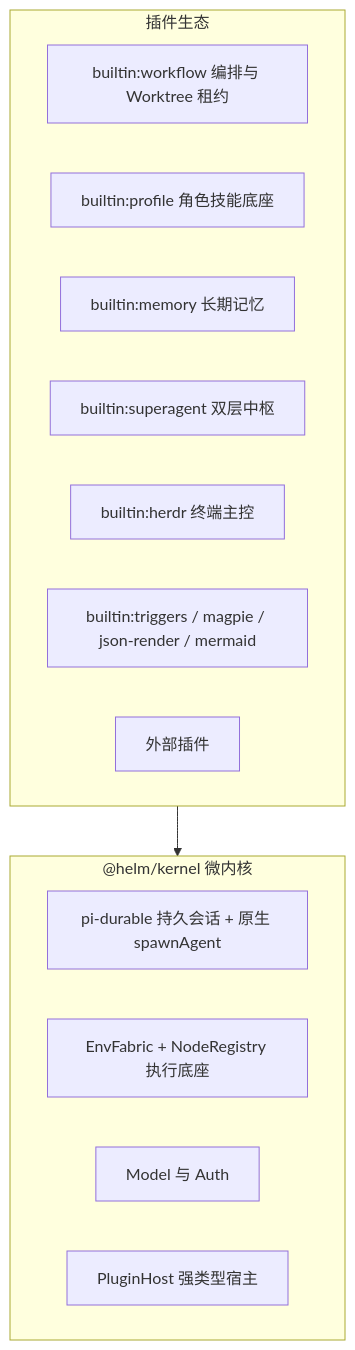
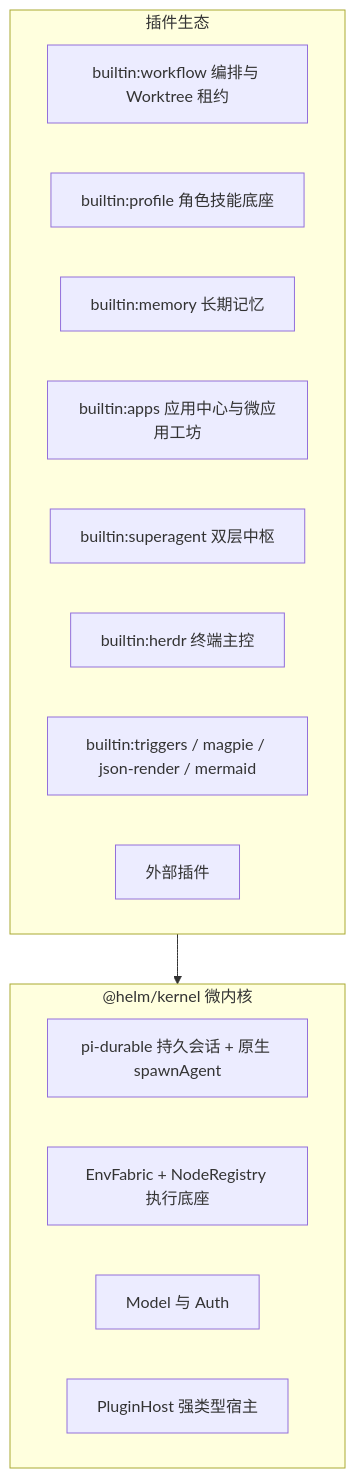
The first of 3 diagrams in docs/architecture/overview.md (team4u/helm), drawn with Mermaid before and after one commit. The commit also changed 15 other files, not shown here.

````diff
--- a/docs/architecture/overview.md
+++ b/docs/architecture/overview.md
@@ -16,19 +16,20 @@
 ```mermaid
 flowchart TD
     subgraph Core["@helm/kernel 微内核"]
         Durable["pi-durable 持久会话 + 原生 spawnAgent"]
         Fabric["EnvFabric + NodeRegistry 执行底座"]
         ModelAuth["Model 与 Auth"]
         Host["PluginHost 强类型宿主"]
     end
     subgraph Plugins["插件生态"]
         Workflow["builtin:workflow 编排与 Worktree 租约"]
         Profile["builtin:profile 角色技能底座"]
         Memory["builtin:memory 长期记忆"]
+        Apps["builtin:apps 应用中心与微应用工坊"]
         Superagent["builtin:superagent 双层中枢"]
         Herdr["builtin:herdr 终端主控"]
         Others["builtin:triggers / magpie / json-render / mermaid"]
         External["外部插件"]
     end
     Plugins --> Core
 ```
````
